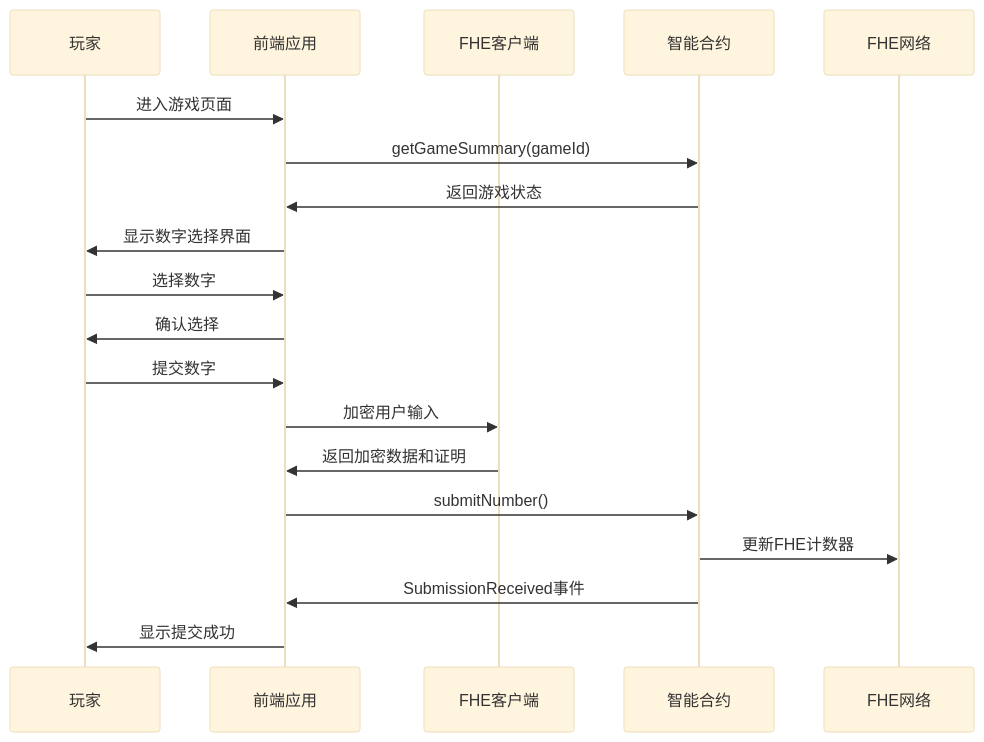
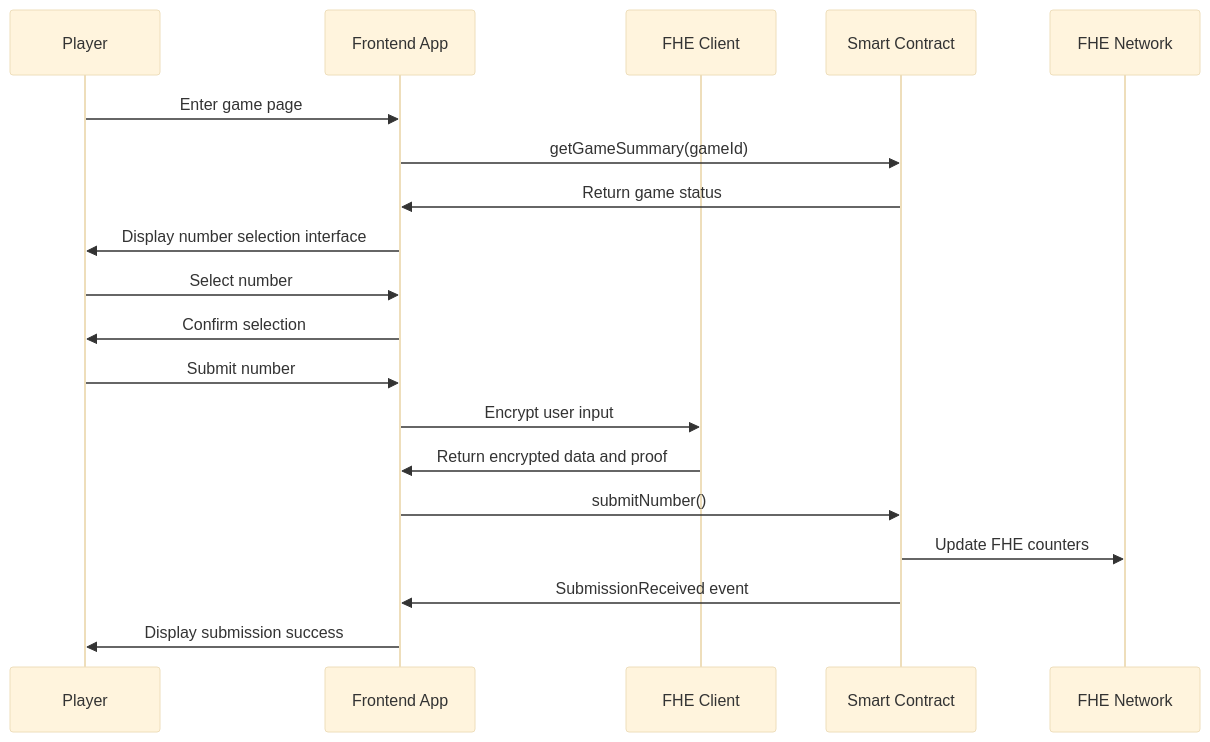
One commit to huaigu/number-verse-arena changed the third of 6 diagrams in docs/GAME_FLOW.md. Above: the diagram before and after it, drawn with Mermaid (base theme). The commit also changed other lines of this file and 6 other files, not shown here.

````diff
--- a/docs/GAME_FLOW.md
+++ b/docs/GAME_FLOW.md
@@ -99,22 +99,22 @@
 ```mermaid
 sequenceDiagram
-    participant Player as 玩家
-    participant Frontend as 前端应用
-    participant FHE as FHE客户端
-    participant Contract as 智能合约
-    participant Network as FHE网络
+    participant Player as Player
+    participant Frontend as Frontend App
+    participant FHE as FHE Client
+    participant Contract as Smart Contract
+    participant Network as FHE Network
 
-    Player->>Frontend: 进入游戏页面
+    Player->>Frontend: Enter game page
     Frontend->>Contract: getGameSummary(gameId)
-    Contract->>Frontend: 返回游戏状态
-    Frontend->>Player: 显示数字选择界面
-    Player->>Frontend: 选择数字
-    Frontend->>Player: 确认选择
-    Player->>Frontend: 提交数字
-    Frontend->>FHE: 加密用户输入
-    FHE->>Frontend: 返回加密数据和证明
+    Contract->>Frontend: Return game status
+    Frontend->>Player: Display number selection interface
+    Player->>Frontend: Select number
+    Frontend->>Player: Confirm selection
+    Player->>Frontend: Submit number
+    Frontend->>FHE: Encrypt user input
+    FHE->>Frontend: Return encrypted data and proof
     Frontend->>Contract: submitNumber()
-    Contract->>Network: 更新FHE计数器
-    Contract->>Frontend: SubmissionReceived事件
-    Frontend->>Player: 显示提交成功
+    Contract->>Network: Update FHE counters
+    Contract->>Frontend: SubmissionReceived event
+    Frontend->>Player: Display submission success
 ```
````
